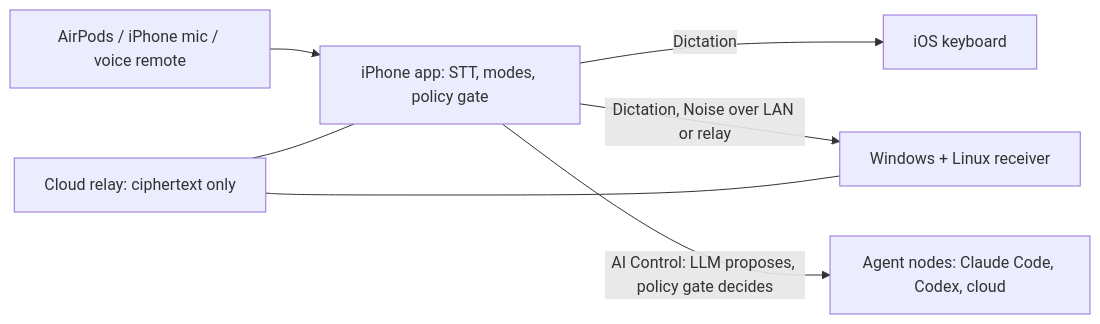
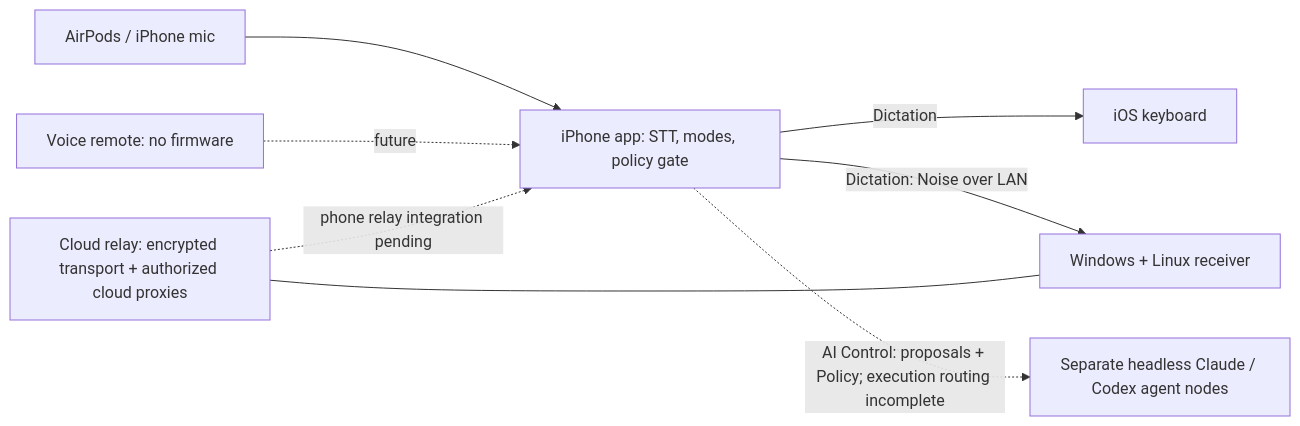
One commit to Harwasch/voiceremote changed the diagram in README.md. Above: the diagram before and after it, drawn with Mermaid. The commit also changed other lines of this file and 17 other files, not shown here.

````diff
--- a/README.md
+++ b/README.md
@@ -7,9 +3,10 @@
 ```mermaid
 flowchart LR
-  MIC[AirPods / iPhone mic / voice remote] --> IOS[iPhone app: STT, modes, policy gate]
+  MIC[AirPods / iPhone mic] --> IOS[iPhone app: STT, modes, policy gate]
+  Remote[Voice remote: no firmware] -. future .-> IOS
   IOS -- Dictation --> KB[iOS keyboard]
-  IOS -- "Dictation, Noise over LAN or relay" --> DESK[Windows + Linux receiver]
-  IOS -- "AI Control: LLM proposes, policy gate decides" --> AGENT[Agent nodes: Claude Code, Codex, cloud]
-  REL[Cloud relay: ciphertext only] --- IOS
+  IOS -- "Dictation: Noise over LAN" --> DESK[Windows + Linux receiver]
+  IOS -. "AI Control: proposals + Policy; execution routing incomplete" .-> AGENT[Separate headless Claude / Codex agent nodes]
+  REL[Cloud relay: encrypted transport + authorized cloud proxies] -. phone relay integration pending .-> IOS
   REL --- DESK
 ```
````
